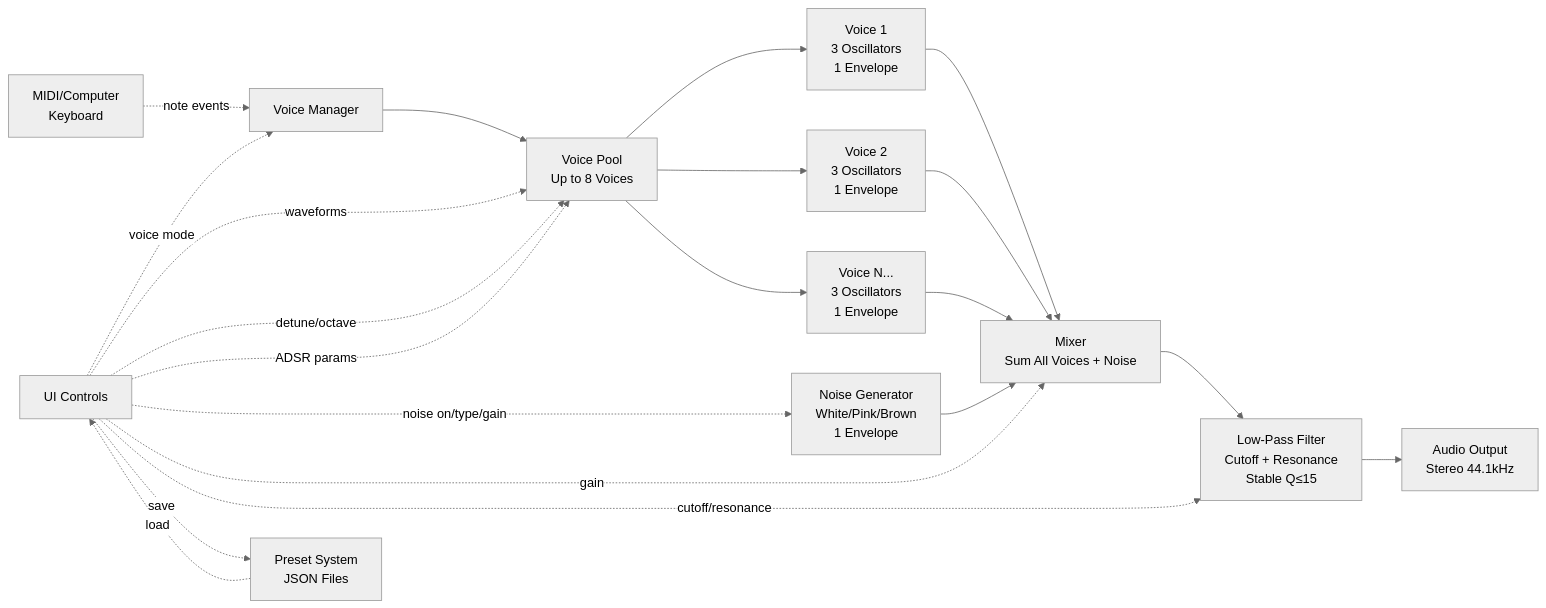
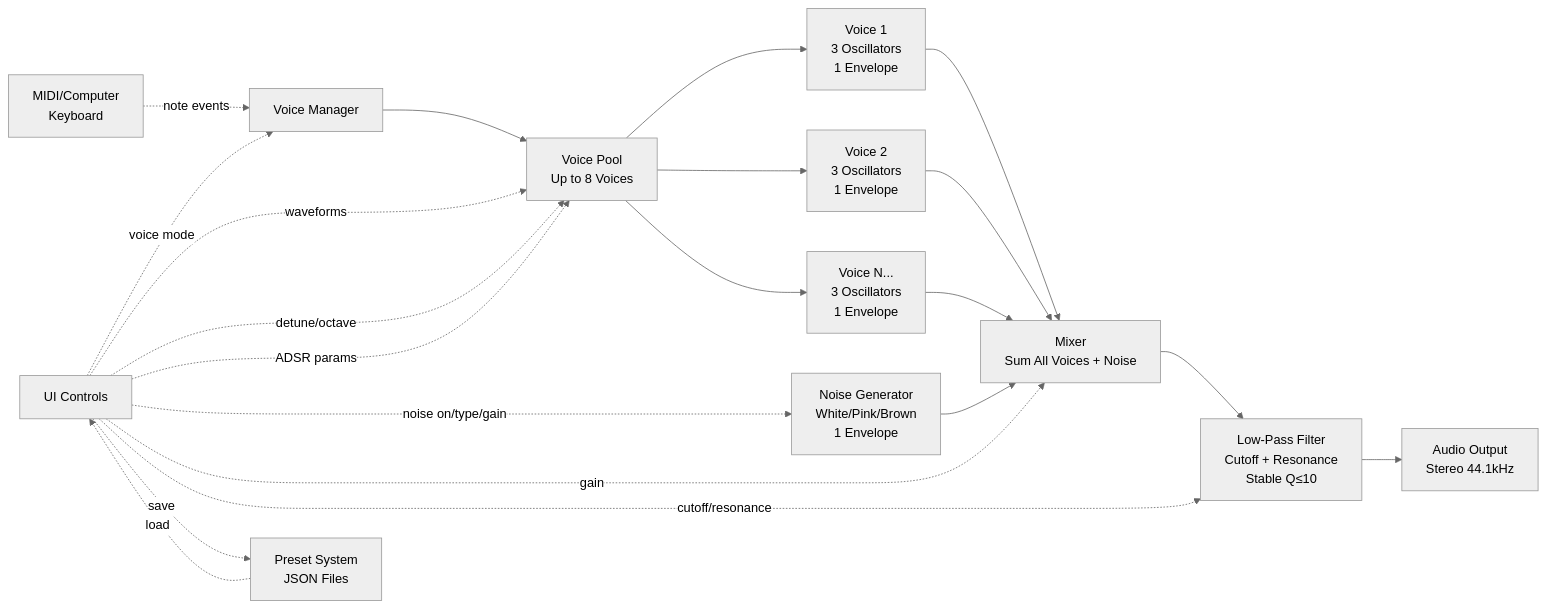
One commit to clemgoub/TripleOscillator changed the second of 3 diagrams in README.md. Above: the diagram before and after it, drawn with Mermaid (neutral theme). The commit also changed other lines of this file, not shown here.

````diff
--- a/README.md
+++ b/README.md
@@ -278,29 +282,29 @@
 ```mermaid
 graph LR
     MIDI[MIDI/Computer<br/>Keyboard] -.->|note events| VM[Voice Manager]
     VM --> VP[Voice Pool<br/>Up to 8 Voices]
 
     VP --> V1[Voice 1<br/>3 Oscillators<br/>1 Envelope]
     VP --> V2[Voice 2<br/>3 Oscillators<br/>1 Envelope]
     VP --> V3[Voice N...<br/>3 Oscillators<br/>1 Envelope]
 
     NOISE[Noise Generator<br/>White/Pink/Brown<br/>1 Envelope] --> MIX
 
     V1 --> MIX[Mixer<br/>Sum All Voices + Noise]
     V2 --> MIX
     V3 --> MIX
 
-    MIX --> FILT[Low-Pass Filter<br/>Cutoff + Resonance<br/>Stable Q≤15]
+    MIX --> FILT[Low-Pass Filter<br/>Cutoff + Resonance<br/>Stable Q≤10]
     FILT --> OUT[Audio Output<br/>Stereo 44.1kHz]
 
     UI[UI Controls] -.->|voice mode| VM
     UI -.->|waveforms| VP
     UI -.->|detune/octave| VP
     UI -.->|ADSR params| VP
     UI -.->|noise on/type/gain| NOISE
     UI -.->|gain| MIX
     UI -.->|cutoff/resonance| FILT
 
     PRESET[Preset System<br/>JSON Files] -.->|load| UI
     UI -.->|save| PRESET
 ```
````
